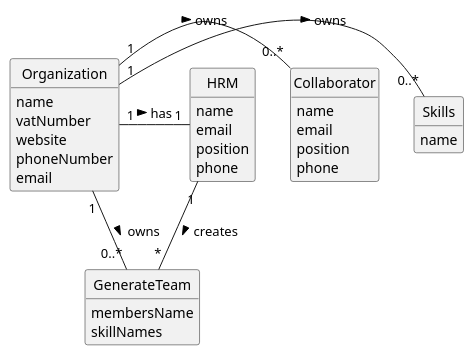
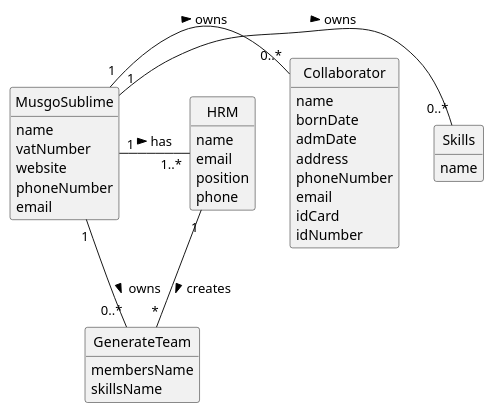
One commit to 1231360-ISEP/lei-24-s2-1db-g021 changed the diagram in docs/sprintA/us005/02.analysis/puml/us005-domain-model.puml. Above: the diagram before and after it, drawn with PlantUML. The commit also changed 1 other file, not shown here.

```diff
--- a/docs/sprintA/us005/02.analysis/puml/us005-domain-model.puml
+++ b/docs/sprintA/us005/02.analysis/puml/us005-domain-model.puml
@@ -1,47 +1,51 @@
 @startuml
 skinparam monochrome true
 skinparam packageStyle rectangle
 skinparam shadowing false
 
 skinparam classAttributeIconSize 0
 
 hide circle
 hide methods
 
-class Organization {
+class MusgoSublime {
     name
     vatNumber
     website
     phoneNumber
     email
 }
 
 class HRM {
     name
     email
     position
     phone
 }
 
 class Skills {
     name
 }
 
 class Collaborator {
     name
+    bornDate
+    admDate
+    address
+    phoneNumber
     email
-    position
-    phone
+    idCard
+    idNumber
 }
 
 class GenerateTeam {
     membersName
-    skillNames
+    skillsName
 }
 
-Organization "1" - "0..*" Skills: owns >
-Organization "1" - "0..*" Collaborator: owns >
-Organization "1" - "1" HRM : has >
-Organization "1" - "0..*" GenerateTeam: owns >
+MusgoSublime "1" - "0..*" Skills: owns >
+MusgoSublime "1" - "0..*" Collaborator: owns >
+MusgoSublime "1" - "1..*" HRM : has >
+MusgoSublime "1" - "0..*" GenerateTeam: owns >
 HRM "1" -- "*" GenerateTeam : creates >
 @enduml
```
